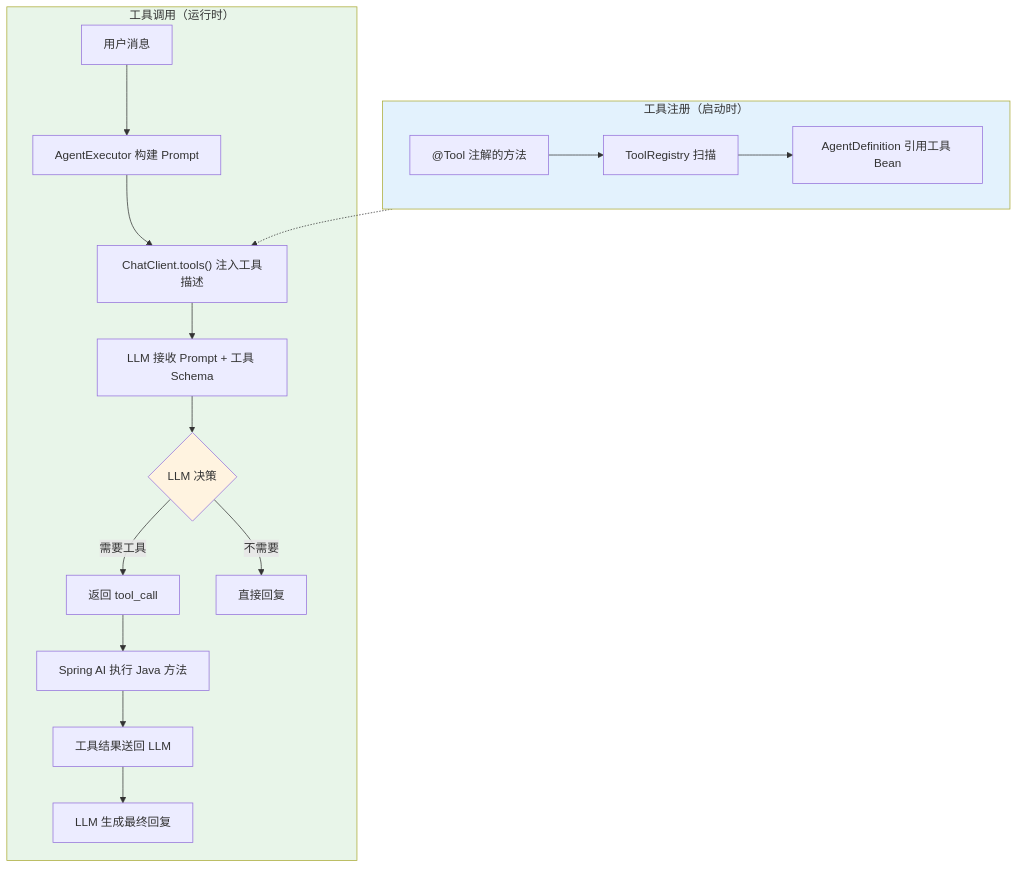
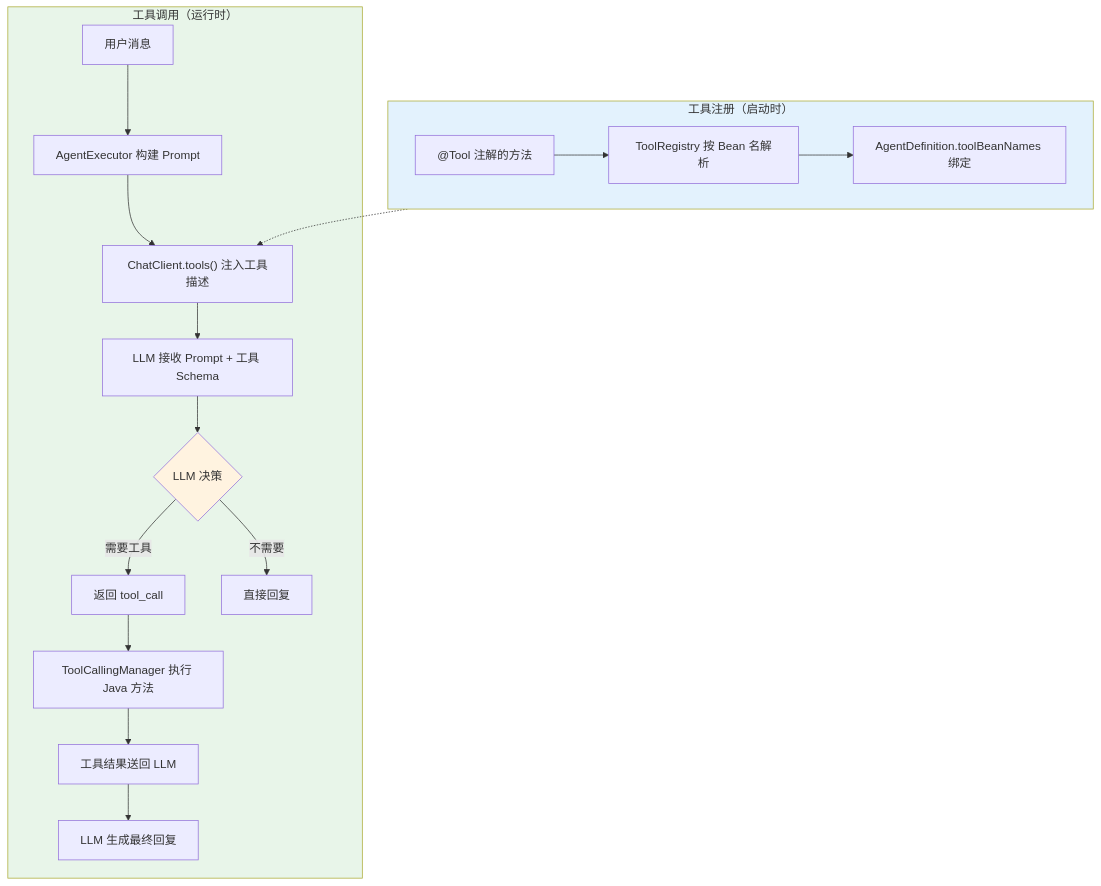
The second of 6 diagrams in docs/项目/02-多Agent协作平台/02-迭代一-单Agent工具链.md (UranusGit/java-agent-learn), drawn with Mermaid before and after one commit. The commit also changed other lines of this file and 206 other files, not shown here.

````diff
--- a/docs/项目/02-多Agent协作平台/02-迭代一-单Agent工具链.md
+++ b/docs/项目/02-多Agent协作平台/02-迭代一-单Agent工具链.md
@@ -292,25 +470,25 @@
 ```mermaid
 graph TB
     subgraph 工具注册阶段["工具注册（启动时）"]
-        R1["@Tool 注解的方法"] --> R2["ToolRegistry 扫描"]
-        R2 --> R3["AgentDefinition 引用工具 Bean"]
+        R1["@Tool 注解的方法"] --> R2["ToolRegistry 按 Bean 名解析"]
+        R2 --> R3["AgentDefinition.toolBeanNames 绑定"]
     end
 
     subgraph 调用阶段["工具调用（运行时）"]
         C1["用户消息"] --> C2["AgentExecutor 构建 Prompt"]
         C2 --> C3["ChatClient.tools() 注入工具描述"]
         C3 --> C4["LLM 接收 Prompt + 工具 Schema"]
         C4 --> C5{"LLM 决策"}
         C5 -->|需要工具| C6["返回 tool_call"]
         C5 -->|不需要| C7["直接回复"]
-        C6 --> C8["Spring AI 执行 Java 方法"]
+        C6 --> C8["ToolCallingManager 执行 Java 方法"]
         C8 --> C9["工具结果送回 LLM"]
         C9 --> C10["LLM 生成最终回复"]
     end
 
     工具注册阶段 -.-> C3
 
     style 工具注册阶段 fill:#e3f2fd
     style 调用阶段 fill:#e8f5e9
     style C5 fill:#fff3e0
 ```
````
